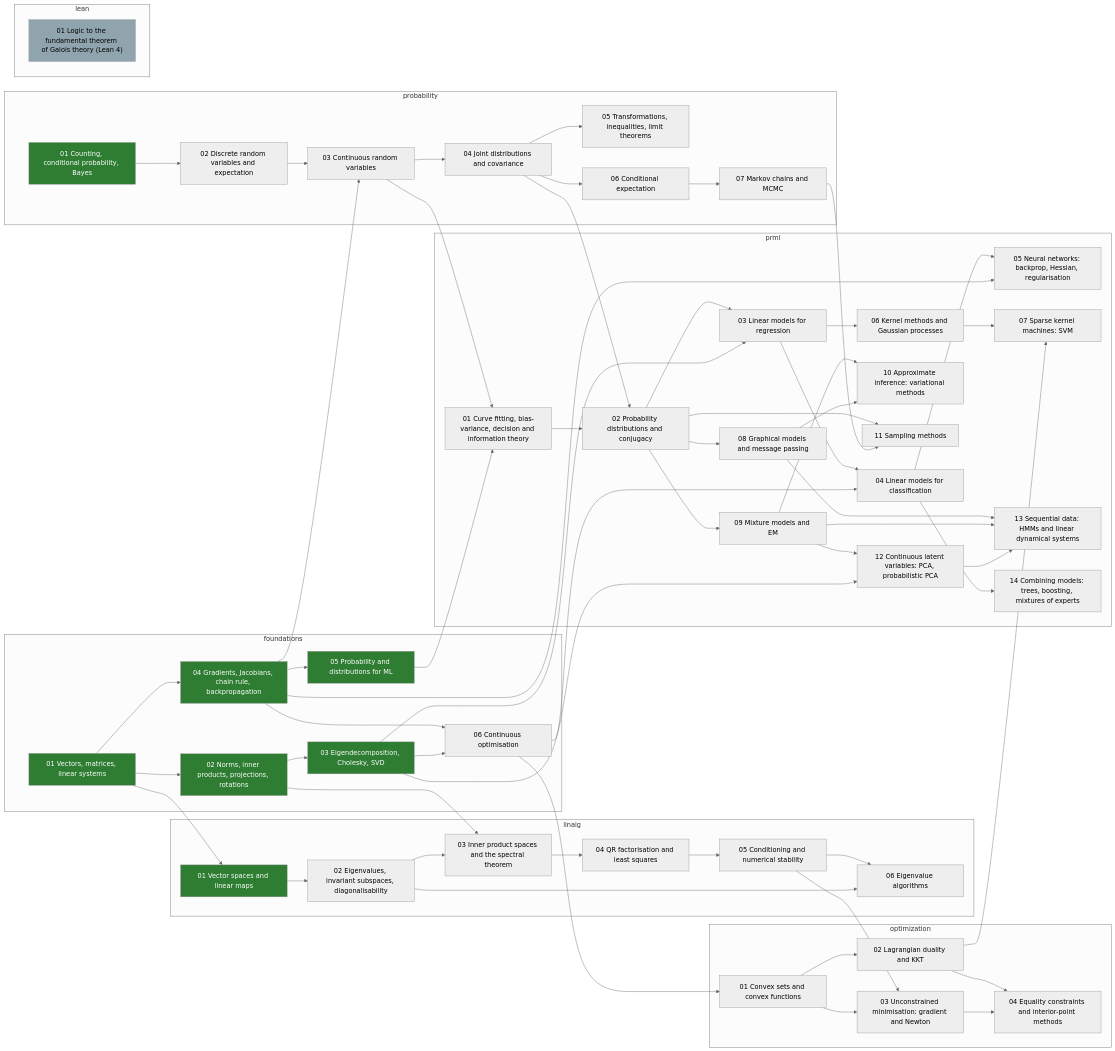
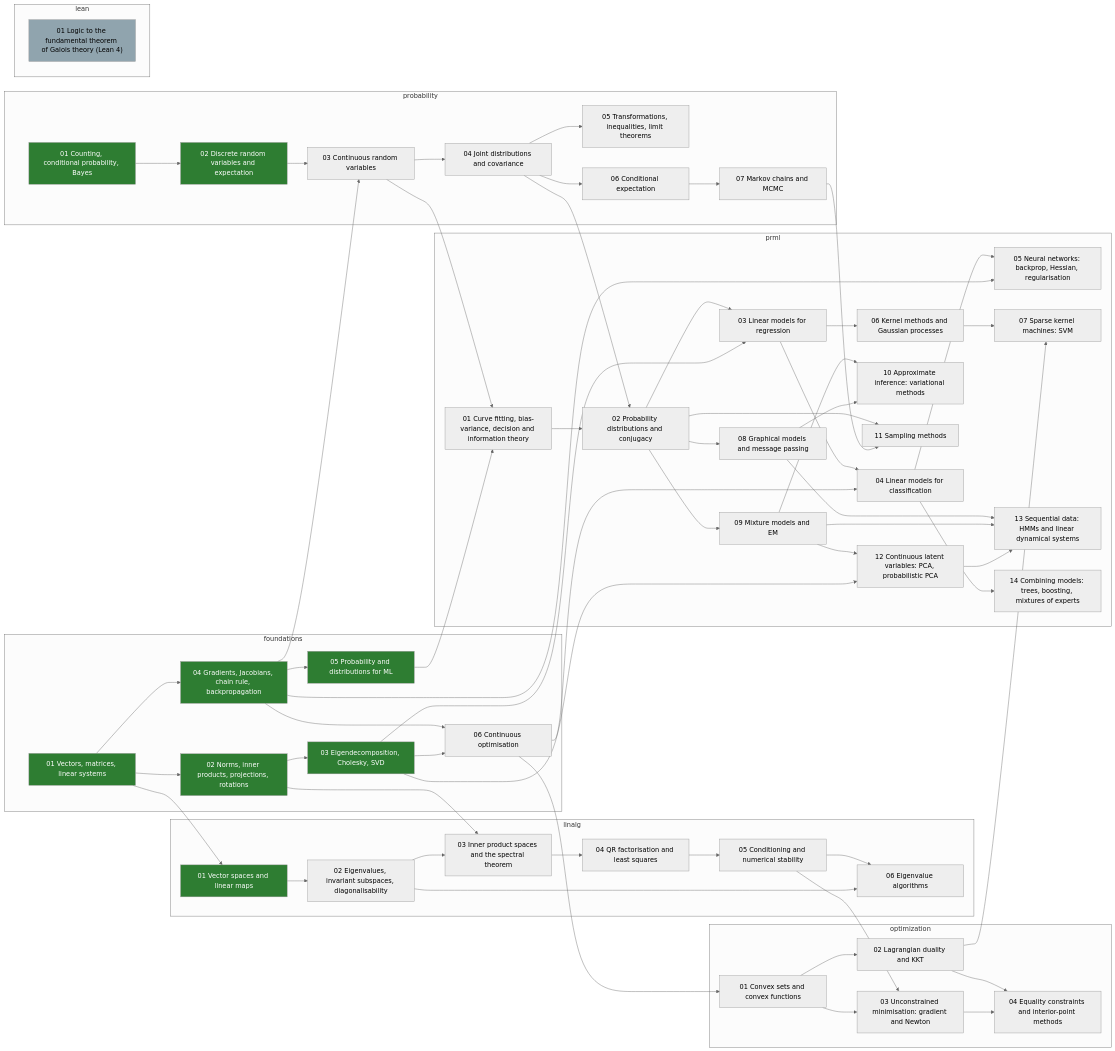
The diagram in skill-tree/README.md (alektebel/learn-stuff-from-scratch), drawn with Mermaid (neutral theme) before and after one commit. The commit also changed other lines of this file and 8 other files, not shown here.

First line of the commit message:
math: build probability-02-random-variables

```diff
--- a/skill-tree/README.md
+++ b/skill-tree/README.md
@@ -82,7 +82,7 @@
   end
   subgraph probability
     probability-01-counting-conditioning["01 Counting, conditional probability, Bayes"]:::done
-    probability-02-random-variables["02 Discrete random variables and expectation"]
+    probability-02-random-variables["02 Discrete random variables and expectation"]:::done
     probability-03-continuous["03 Continuous random variables"]
     probability-04-joint["04 Joint distributions and covariance"]
     probability-05-limits-inequalities["05 Transformations, inequalities, limit theorems"]
```
